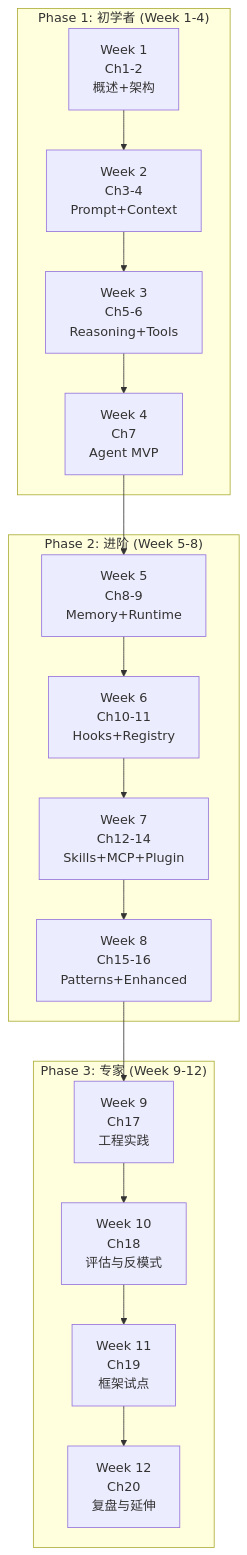
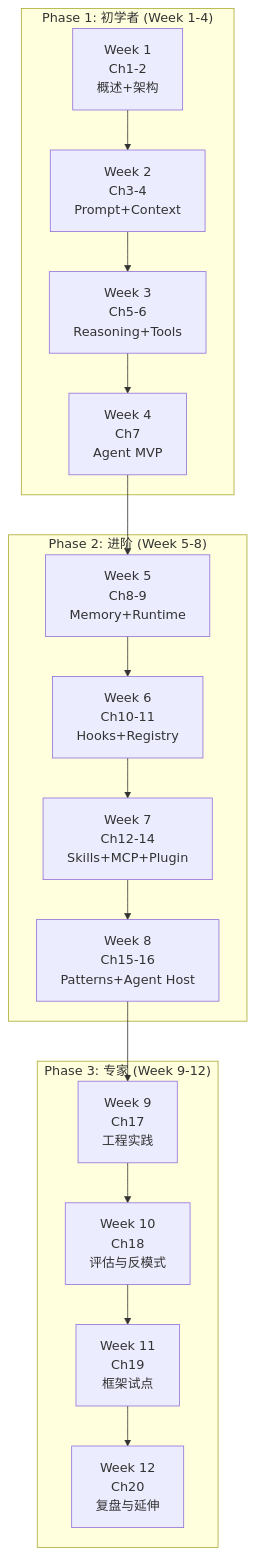
Before and after one commit to dollarser/modern-ai-agent-architecture: the diagram in docs/chapters/20-faq/README.md, drawn with Mermaid. The commit also changed other lines of this file and 132 other files, not shown here.

Commit message:
Finalize AI Agent book architecture and release preparation

````diff
--- a/docs/chapters/20-faq/README.md
+++ b/docs/chapters/20-faq/README.md
@@ -227,21 +239,21 @@
 ```mermaid
 graph TD
     subgraph Phase1["Phase 1: 初学者 (Week 1-4)"]
         W1["Week 1<br/>Ch1-2<br/>概述+架构"] --> W2["Week 2<br/>Ch3-4<br/>Prompt+Context"]
         W2 --> W3["Week 3<br/>Ch5-6<br/>Reasoning+Tools"]
         W3 --> W4["Week 4<br/>Ch7<br/>Agent MVP"]
     end
     subgraph Phase2["Phase 2: 进阶 (Week 5-8)"]
         W5["Week 5<br/>Ch8-9<br/>Memory+Runtime"] --> W6["Week 6<br/>Ch10-11<br/>Hooks+Registry"]
         W6 --> W7["Week 7<br/>Ch12-14<br/>Skills+MCP+Plugin"]
-        W7 --> W8["Week 8<br/>Ch15-16<br/>Patterns+Enhanced"]
+        W7 --> W8["Week 8<br/>Ch15-16<br/>Patterns+Agent Host"]
     end
     subgraph Phase3["Phase 3: 专家 (Week 9-12)"]
         W9["Week 9<br/>Ch17<br/>工程实践"] --> W10["Week 10<br/>Ch18<br/>评估与反模式"]
         W10 --> W11["Week 11<br/>Ch19<br/>框架试点"]
         W11 --> W12["Week 12<br/>Ch20<br/>复盘与延伸"]
     end
 
     W4 --> W5
     W8 --> W9
 ```
````
